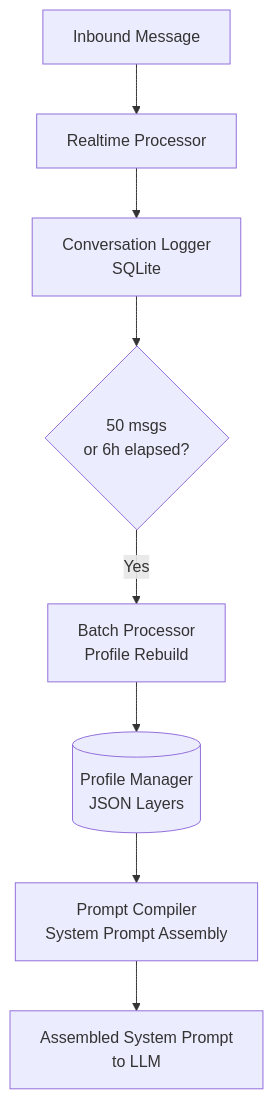
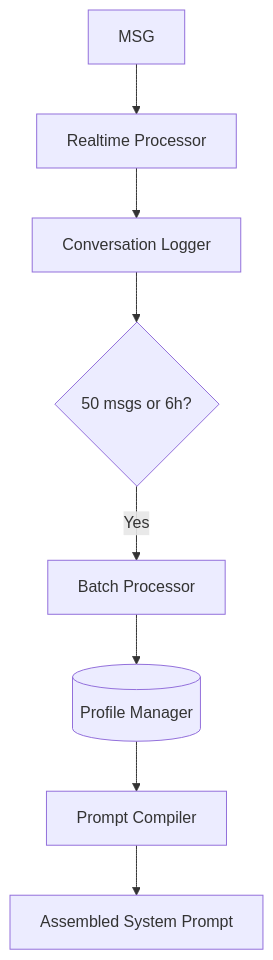
One commit to UpayanGhosh/Synapse-OSS changed the fourth of 7 diagrams in ARCHITECTURE.md. Above: the diagram before and after it, drawn with Mermaid. The commit also changed other lines of this file, not shown here.

````diff
--- a/ARCHITECTURE.md
+++ b/ARCHITECTURE.md
@@ -197,10 +195,10 @@
 ```mermaid
 graph TD
-    MSG[Inbound Message] --> RT[Realtime Processor]
-    RT --> LOG[Conversation Logger\nSQLite]
-    LOG --> CNT{50 msgs\nor 6h elapsed?}
-    CNT -->|Yes| BATCH[Batch Processor\nProfile Rebuild]
-    BATCH --> PM[(Profile Manager\nJSON Layers)]
-    PM --> PC[Prompt Compiler\nSystem Prompt Assembly]
-    PC --> SYS[Assembled System Prompt\nto LLM]
+    MSG --> RT[Realtime Processor]
+    RT --> LOG[Conversation Logger]
+    LOG --> CNT{50 msgs or 6h?}
+    CNT -->|Yes| BATCH[Batch Processor]
+    BATCH --> PM[(Profile Manager)]
+    PM --> PC[Prompt Compiler]
+    PC --> SYS[Assembled System Prompt]
 ```
````
